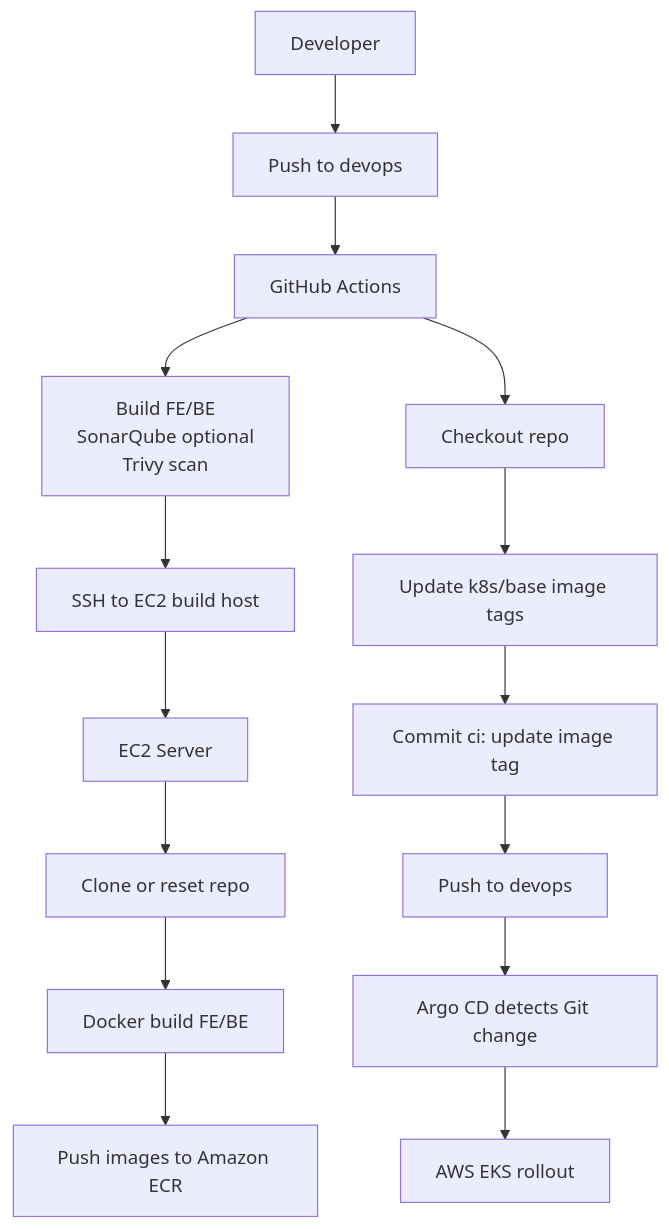
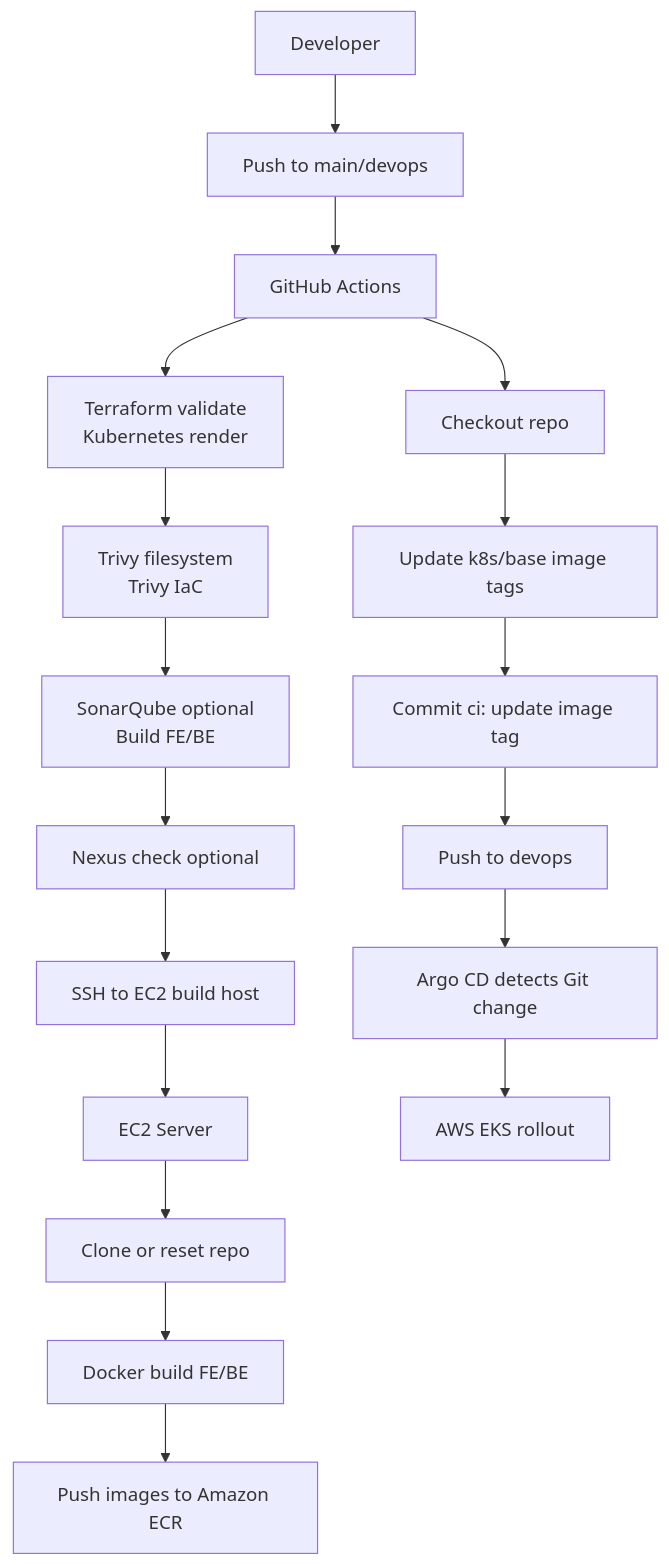
Before and after one commit to Kien-devops/eks-cicd-argocd-sec-monitor: the first of 2 diagrams in .github/workflows/README.md, drawn with Mermaid. The commit also changed other lines of this file and 1 other file, not shown here.

Commit message:
ci: align workflow with devsecops flow

````diff
--- a/.github/workflows/README.md
+++ b/.github/workflows/README.md
@@ -20,17 +20,20 @@
 ```mermaid
 flowchart TB
-  dev[Developer] --> push[Push to devops]
+  dev[Developer] --> push[Push to main/devops]
   push --> gha[GitHub Actions]
-  gha --> quality[Build FE/BE<br/>SonarQube optional<br/>Trivy scan]
-  quality --> ssh[SSH to EC2 build host]
+  gha --> iac[Terraform validate<br/>Kubernetes render]
+  iac --> trivy[Trivy filesystem<br/>Trivy IaC]
+  trivy --> sonar[SonarQube optional<br/>Build FE/BE]
+  sonar --> nexus[Nexus check optional]
+  nexus --> ssh[SSH to EC2 build host]
   ssh --> ec2[EC2 Server]
   ec2 --> clone[Clone or reset repo]
   clone --> docker[Docker build FE/BE]
   docker --> ecr[Push images to Amazon ECR]
   gha --> checkout[Checkout repo]
   checkout --> update[Update k8s/base image tags]
   update --> commit[Commit ci: update image tag]
   commit --> git[Push to devops]
   git --> argocd[Argo CD detects Git change]
   argocd --> eks[AWS EKS rollout]
 ```
````
